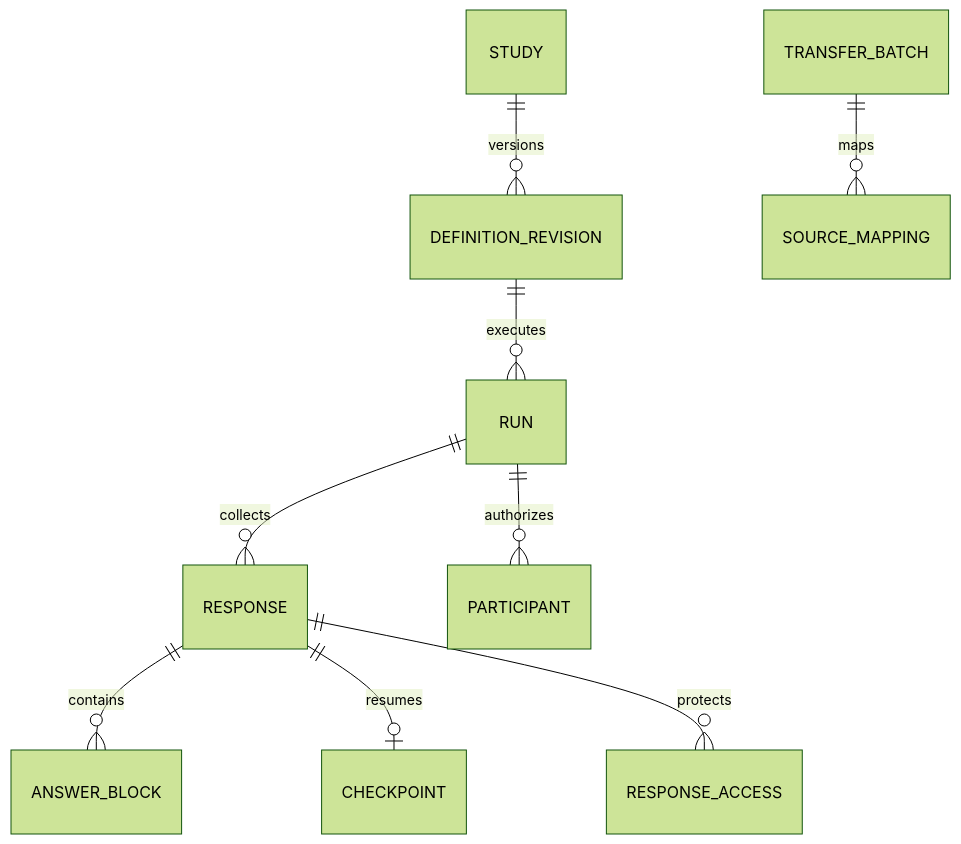
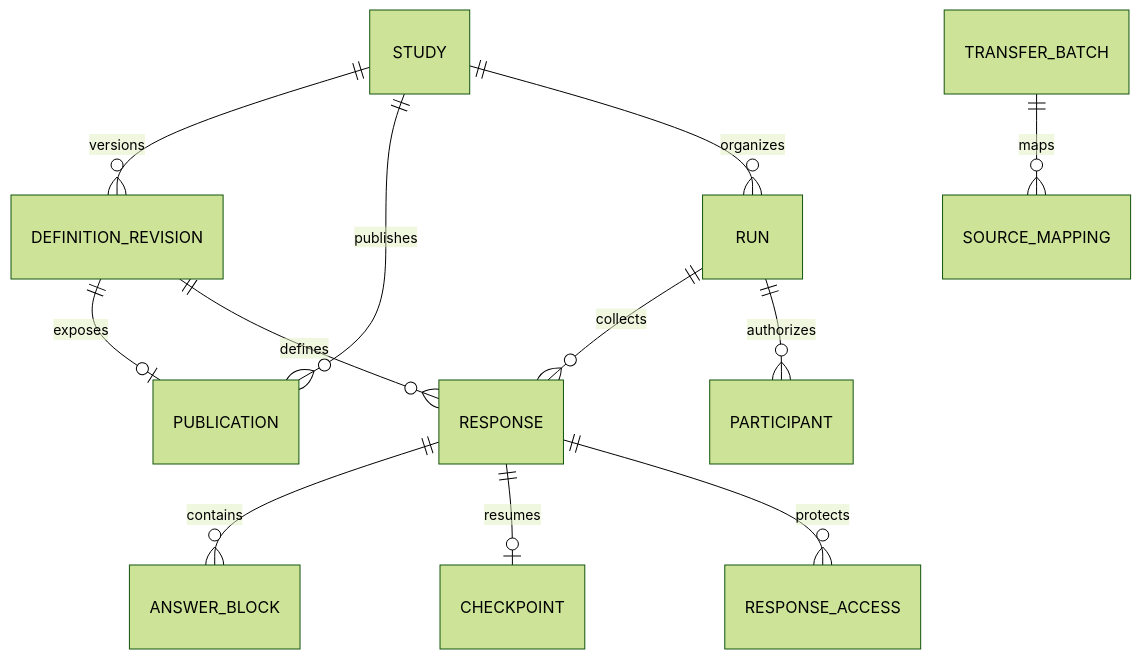
Before and after one commit to akerfourn/RustSurvey: the diagram in docs/domain-model.md, drawn with Mermaid (forest theme). The commit also changed other lines of this file and 42 other files, not shown here.

````diff
--- a/docs/domain-model.md
+++ b/docs/domain-model.md
@@ -32,11 +32,14 @@
 ```mermaid
 erDiagram
     STUDY ||--o{ DEFINITION_REVISION : versions
-    DEFINITION_REVISION ||--o{ RUN : executes
+    STUDY ||--o{ PUBLICATION : publishes
+    DEFINITION_REVISION ||--o| PUBLICATION : exposes
+    STUDY ||--o{ RUN : organizes
     RUN ||--o{ RESPONSE : collects
+    DEFINITION_REVISION ||--o{ RESPONSE : defines
     RUN ||--o{ PARTICIPANT : authorizes
     RESPONSE ||--o{ ANSWER_BLOCK : contains
     RESPONSE ||--o| CHECKPOINT : resumes
     RESPONSE ||--o{ RESPONSE_ACCESS : protects
     TRANSFER_BATCH ||--o{ SOURCE_MAPPING : maps
 ```
````
